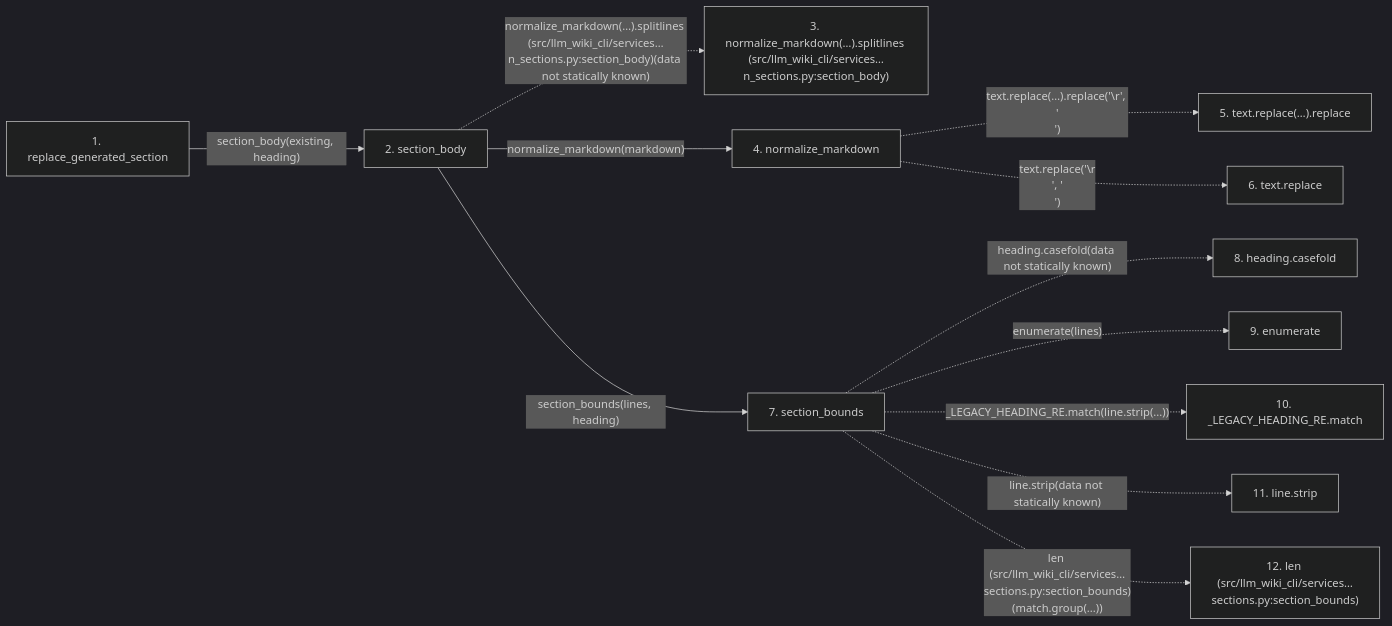
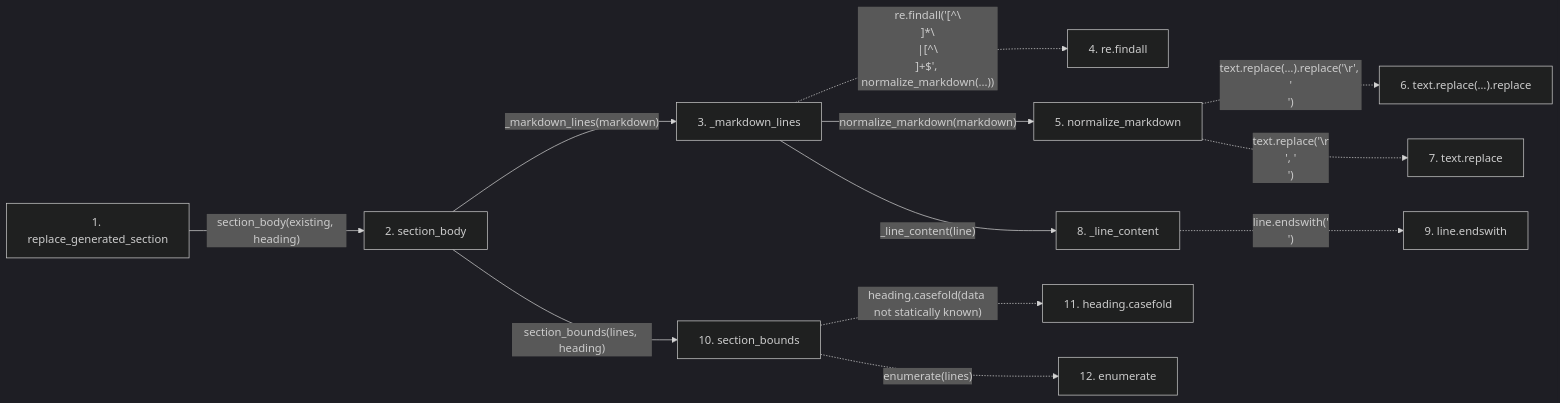
Before and after one commit to Denissvgn/python-wiki-llm: the second of 2 diagrams in docs/llm_wiki/flows/api-replace_generated_section.md, drawn with Mermaid (dark theme). The commit also changed other lines of this file and 292 other files, not shown here.

````diff
--- a/docs/llm_wiki/flows/api-replace_generated_section.md
+++ b/docs/llm_wiki/flows/api-replace_generated_section.md
@@ -91,30 +92,32 @@
 ```mermaid
 flowchart LR
     s1["1. replace_generated_section"]
     s2["2. section_body"]
-    s3["3. normalize_markdown(…).splitlines (src/llm_wiki_cli/services…n_sections.py:section_body)"]
-    s4["4. normalize_markdown"]
-    s5["5. text.replace(…).replace"]
-    s6["6. text.replace"]
-    s7["7. section_bounds"]
-    s8["8. heading.casefold"]
-    s9["9. enumerate"]
-    s10["10. _LEGACY_HEADING_RE.match"]
-    s11["11. line.strip"]
-    s12["12. len (src/llm_wiki_cli/services…sections.py:section_bounds)"]
+    s3["3. _markdown_lines"]
+    s4["4. re.findall"]
+    s5["5. normalize_markdown"]
+    s6["6. text.replace(…).replace"]
+    s7["7. text.replace"]
+    s8["8. _line_content"]
+    s9["9. line.endswith"]
+    s10["10. section_bounds"]
+    s11["11. heading.casefold"]
+    s12["12. enumerate"]
     s1 -->|"section_body(existing, heading)"| s2
-    s2 -. "normalize_markdown(…).splitlines (src/llm_wiki_cli/services…n_sections.py:section_body)(data not statically known)" .-> s3
-    s2 -->|"normalize_markdown(markdown)"| s4
-    s4 -. "text.replace(…).replace('\r', '\n')" .-> s5
-    s4 -. "text.replace('\r\n', '\n')" .-> s6
-    s2 -->|"section_bounds(lines, heading)"| s7
-    s7 -. "heading.casefold(data not statically known)" .-> s8
-    s7 -. "enumerate(lines)" .-> s9
-    s7 -. "_LEGACY_HEADING_RE.match(line.strip(...))" .-> s10
-    s7 -. "line.strip(data not statically known)" .-> s11
-    s7 -. "len (src/llm_wiki_cli/services…sections.py:section_bounds)(match.group(...))" .-> s12
+    s2 -->|"_markdown_lines(markdown)"| s3
+    s3 -. "re.findall('[^\\n]*\\n|[^\\n]+$', normalize_markdown(...))" .-> s4
+    s3 -->|"normalize_markdown(markdown)"| s5
+    s5 -. "text.replace(…).replace('\r', '\n')" .-> s6
+    s5 -. "text.replace('\r\n', '\n')" .-> s7
+    s3 -->|"_line_content(line)"| s8
+    s8 -. "line.endswith('\n')" .-> s9
+    s2 -->|"section_bounds(lines, heading)"| s10
+    s10 -. "heading.casefold(data not statically known)" .-> s11
+    s10 -. "enumerate(lines)" .-> s12
     click s1 "../modules/section_ownership.md"
     click s2 "../modules/markdown_sections.md"
-    click s4 "../modules/markdown_sections.md"
-    click s7 "../modules/markdown_sections.md"
+    click s3 "../modules/markdown_sections.md"
+    click s5 "../modules/markdown_sections.md"
+    click s8 "../modules/markdown_sections.md"
+    click s10 "../modules/markdown_sections.md"
 ```
````
